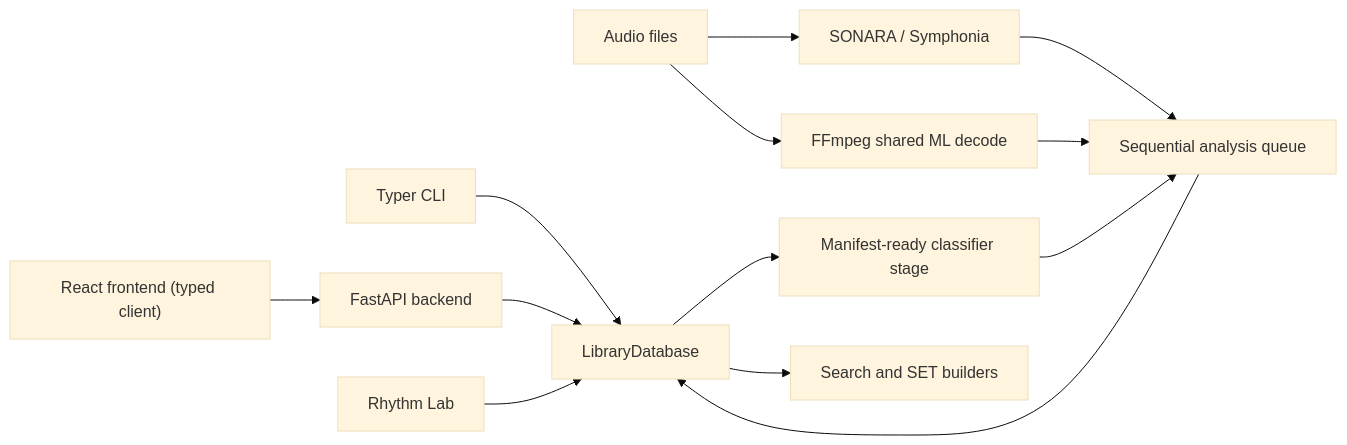
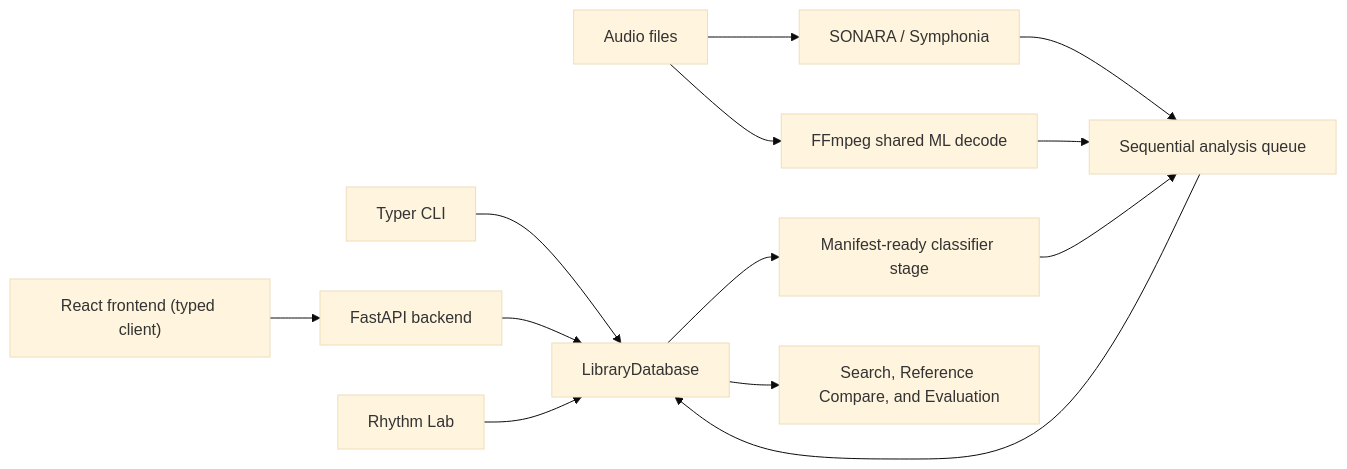
One commit to MeteorBurn/dj-track-similarity changed the diagram in docs/dj-track-similarity/developer/architecture.md. Above: the diagram before and after it, drawn with Mermaid (base theme). The commit also changed other lines of this file and 71 other files, not shown here.

````diff
--- a/docs/dj-track-similarity/developer/architecture.md
+++ b/docs/dj-track-similarity/developer/architecture.md
@@ -9,15 +9,15 @@
 ```mermaid
 flowchart LR
     CLI[Typer CLI] --> DB[LibraryDatabase]
     API[FastAPI backend] --> DB
     UI["React frontend (typed client)"] --> API
     Audio[Audio files] --> Sonara[SONARA / Symphonia]
     Audio --> FFmpeg[FFmpeg shared ML decode]
     Sonara --> Queue[Sequential analysis queue]
     FFmpeg --> Queue
     Queue --> DB
     DB --> Classifiers[Manifest-ready classifier stage]
     Classifiers --> Queue
-    DB --> Search[Search and SET builders]
+    DB --> Search[Search, Reference Compare, and Evaluation]
     Lab[Rhythm Lab] --> DB
 ```
````
